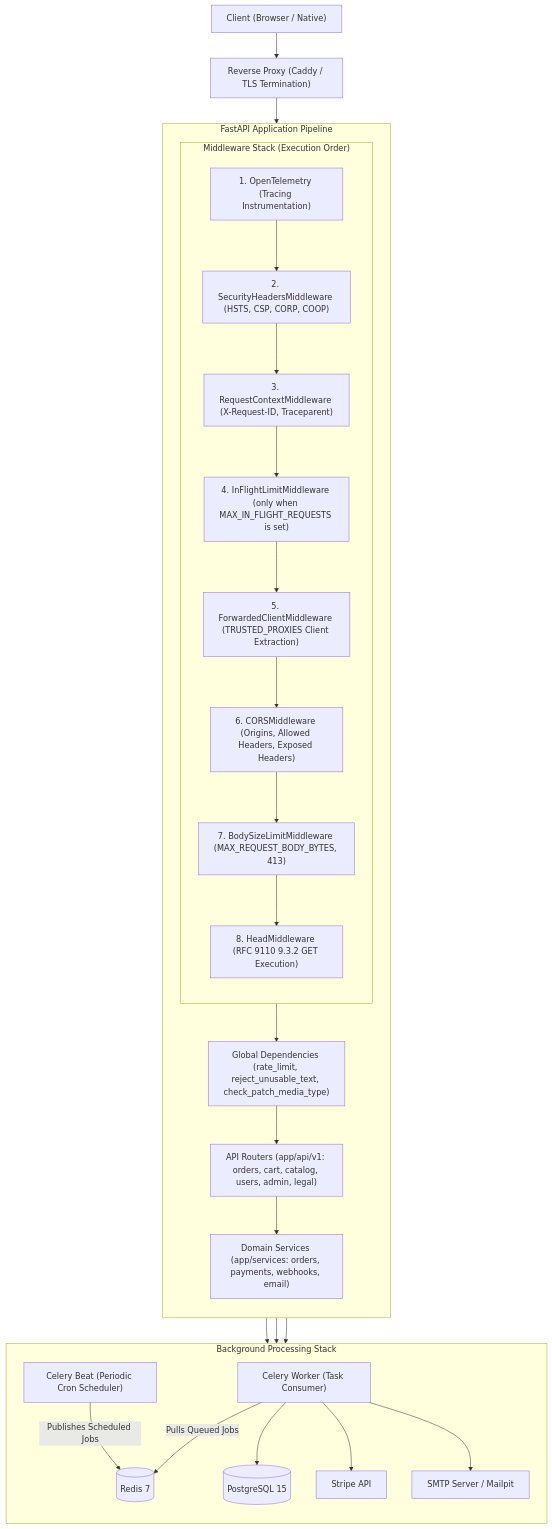
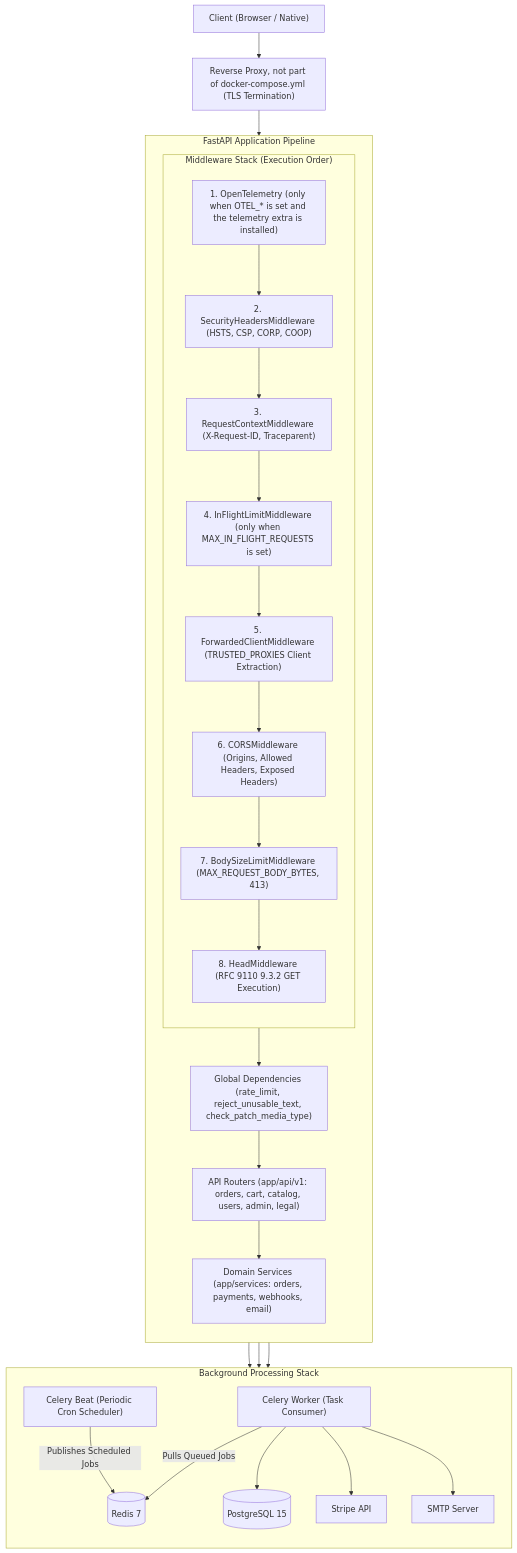
The first of 4 diagrams in docs/ARCHITECTURE.md (nadeko0/fastapi_e-commerce_backend), drawn with Mermaid before and after one commit. The commit also changed other lines of this file and 13 other files, not shown here.

````diff
--- a/docs/ARCHITECTURE.md
+++ b/docs/ARCHITECTURE.md
@@ -13,36 +13,36 @@
 ```mermaid
 flowchart TD
-    Client["Client (Browser / Native)"] --> Proxy["Reverse Proxy (Caddy / TLS Termination)"]
+    Client["Client (Browser / Native)"] --> Proxy["Reverse Proxy, not part of docker-compose.yml (TLS Termination)"]
     Proxy --> M1
 
     subgraph ASGI ["FastAPI Application Pipeline"]
         direction TB
         subgraph Middlewares ["Middleware Stack (Execution Order)"]
             direction TB
-            M1["1. OpenTelemetry (Tracing Instrumentation)"]
+            M1["1. OpenTelemetry (only when OTEL_* is set and the telemetry extra is installed)"]
             --> M2["2. SecurityHeadersMiddleware (HSTS, CSP, CORP, COOP)"]
             --> M3["3. RequestContextMiddleware (X-Request-ID, Traceparent)"]
             --> M4["4. InFlightLimitMiddleware (only when MAX_IN_FLIGHT_REQUESTS is set)"]
             --> M5["5. ForwardedClientMiddleware (TRUSTED_PROXIES Client Extraction)"]
             --> M6["6. CORSMiddleware (Origins, Allowed Headers, Exposed Headers)"]
             --> M7["7. BodySizeLimitMiddleware (MAX_REQUEST_BODY_BYTES, 413)"]
             --> M8["8. HeadMiddleware (RFC 9110 9.3.2 GET Execution)"]
         end
         Middlewares --> Dependencies["Global Dependencies (rate_limit, reject_unusable_text, check_patch_media_type)"]
         Dependencies --> Routers["API Routers (app/api/v1: orders, cart, catalog, users, admin, legal)"]
         Routers --> Services["Domain Services (app/services: orders, payments, webhooks, email)"]
     end
 
     Services --> DB[(PostgreSQL 15)]
     Services --> Cache[(Redis 7)]
     Services --> StripeExt[Stripe API]
 
     subgraph AsyncWorkers ["Background Processing Stack"]
         direction TB
         Beat["Celery Beat (Periodic Cron Scheduler)"] -->|Publishes Scheduled Jobs| Cache
         Worker["Celery Worker (Task Consumer)"] -->|Pulls Queued Jobs| Cache
         Worker --> DB
         Worker --> StripeExt
-        Worker --> SMTPExt[SMTP Server / Mailpit]
+        Worker --> SMTPExt[SMTP Server]
     end
 ```
````
